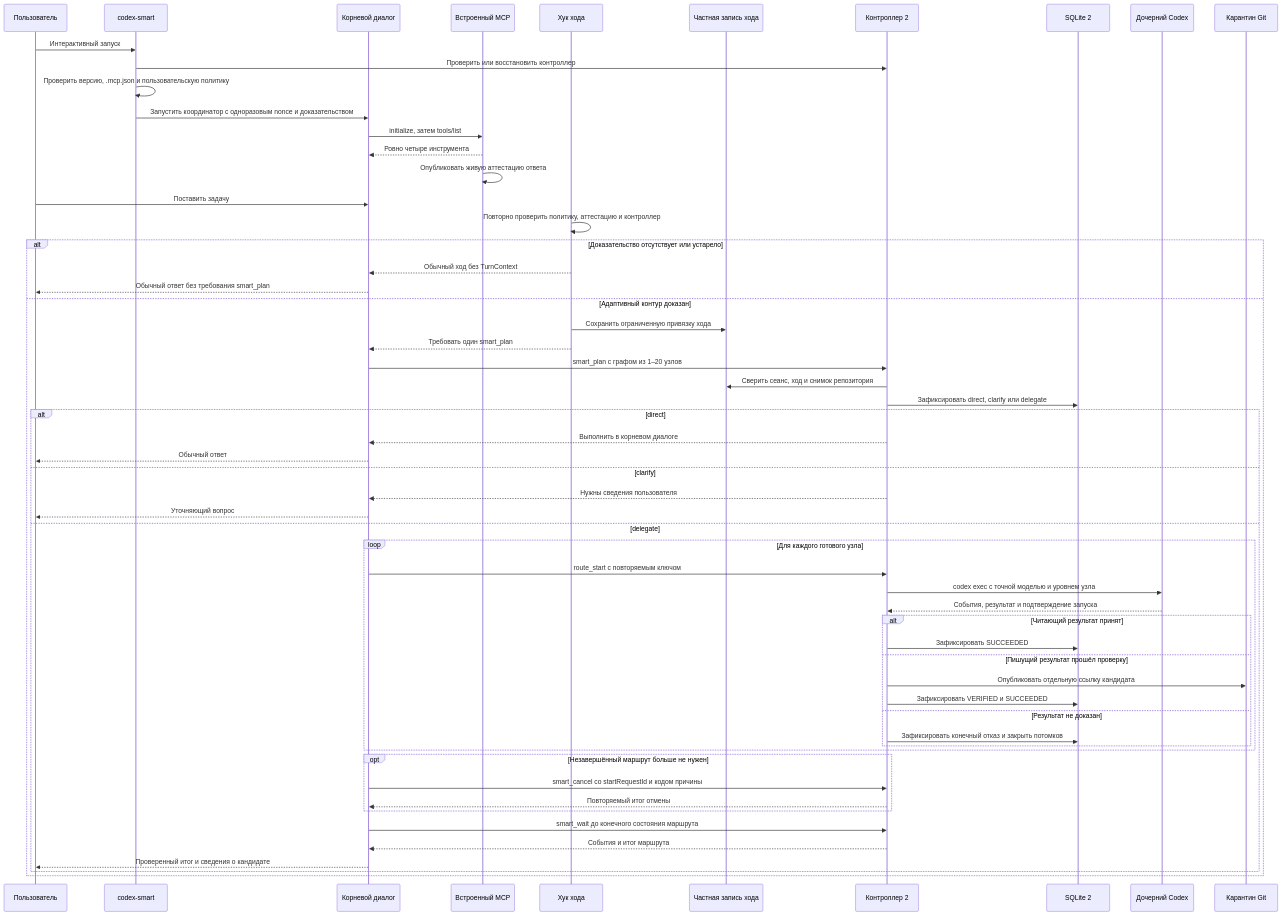
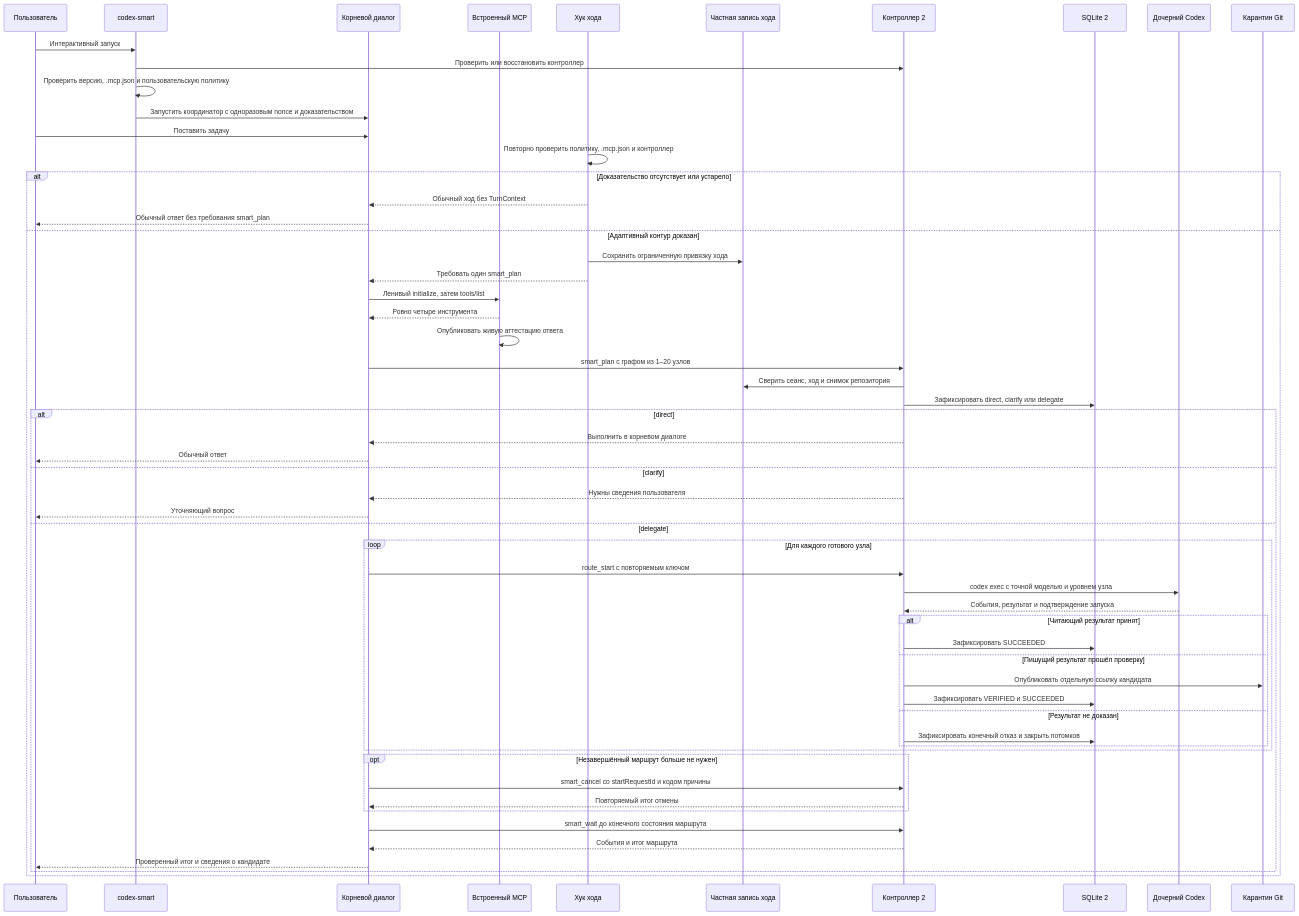
The first of 2 diagrams in plugins/codex-smart-subagents/README.md (RussianLioN/codex-settings), drawn with Mermaid before and after one commit. The commit also changed other lines of this file and 17 other files, not shown here.

````diff
--- a/plugins/codex-smart-subagents/README.md
+++ b/plugins/codex-smart-subagents/README.md
@@ -90,61 +90,61 @@
 ```mermaid
 sequenceDiagram
     participant U as Пользователь
     participant W as codex-smart
     participant R as Корневой диалог
     participant M as Встроенный MCP
     participant H as Хук хода
     participant T as Частная запись хода
     participant C as Контроллер 2
     participant D as SQLite 2
     participant X as Дочерний Codex
     participant Q as Карантин Git
 
     U->>W: Интерактивный запуск
     W->>C: Проверить или восстановить контроллер
     W->>W: Проверить версию, .mcp.json и пользовательскую политику
     W->>R: Запустить координатор с одноразовым nonce и доказательством
-    R->>M: initialize, затем tools/list
-    M-->>R: Ровно четыре инструмента
-    M->>M: Опубликовать живую аттестацию ответа
     U->>R: Поставить задачу
-    H->>H: Повторно проверить политику, аттестацию и контроллер
+    H->>H: Повторно проверить политику, .mcp.json и контроллер
     alt Доказательство отсутствует или устарело
         H-->>R: Обычный ход без TurnContext
         R-->>U: Обычный ответ без требования smart_plan
     else Адаптивный контур доказан
         H->>T: Сохранить ограниченную привязку хода
         H-->>R: Требовать один smart_plan
+    R->>M: Ленивый initialize, затем tools/list
+    M-->>R: Ровно четыре инструмента
+    M->>M: Опубликовать живую аттестацию ответа
     R->>C: smart_plan с графом из 1–20 узлов
     C->>T: Сверить сеанс, ход и снимок репозитория
     C->>D: Зафиксировать direct, clarify или delegate
     alt direct
         C-->>R: Выполнить в корневом диалоге
         R-->>U: Обычный ответ
     else clarify
         C-->>R: Нужны сведения пользователя
         R-->>U: Уточняющий вопрос
     else delegate
         loop Для каждого готового узла
             R->>C: route_start с повторяемым ключом
             C->>X: codex exec с точной моделью и уровнем узла
             X-->>C: События, результат и подтверждение запуска
             alt Читающий результат принят
                 C->>D: Зафиксировать SUCCEEDED
             else Пишущий результат прошёл проверку
                 C->>Q: Опубликовать отдельную ссылку кандидата
                 C->>D: Зафиксировать VERIFIED и SUCCEEDED
             else Результат не доказан
                 C->>D: Зафиксировать конечный отказ и закрыть потомков
             end
         end
         opt Незавершённый маршрут больше не нужен
             R->>C: smart_cancel со startRequestId и кодом причины
             C-->>R: Повторяемый итог отмены
         end
         R->>C: smart_wait до конечного состояния маршрута
         C-->>R: События и итог маршрута
         R-->>U: Проверенный итог и сведения о кандидате
     end
     end
 ```
````
